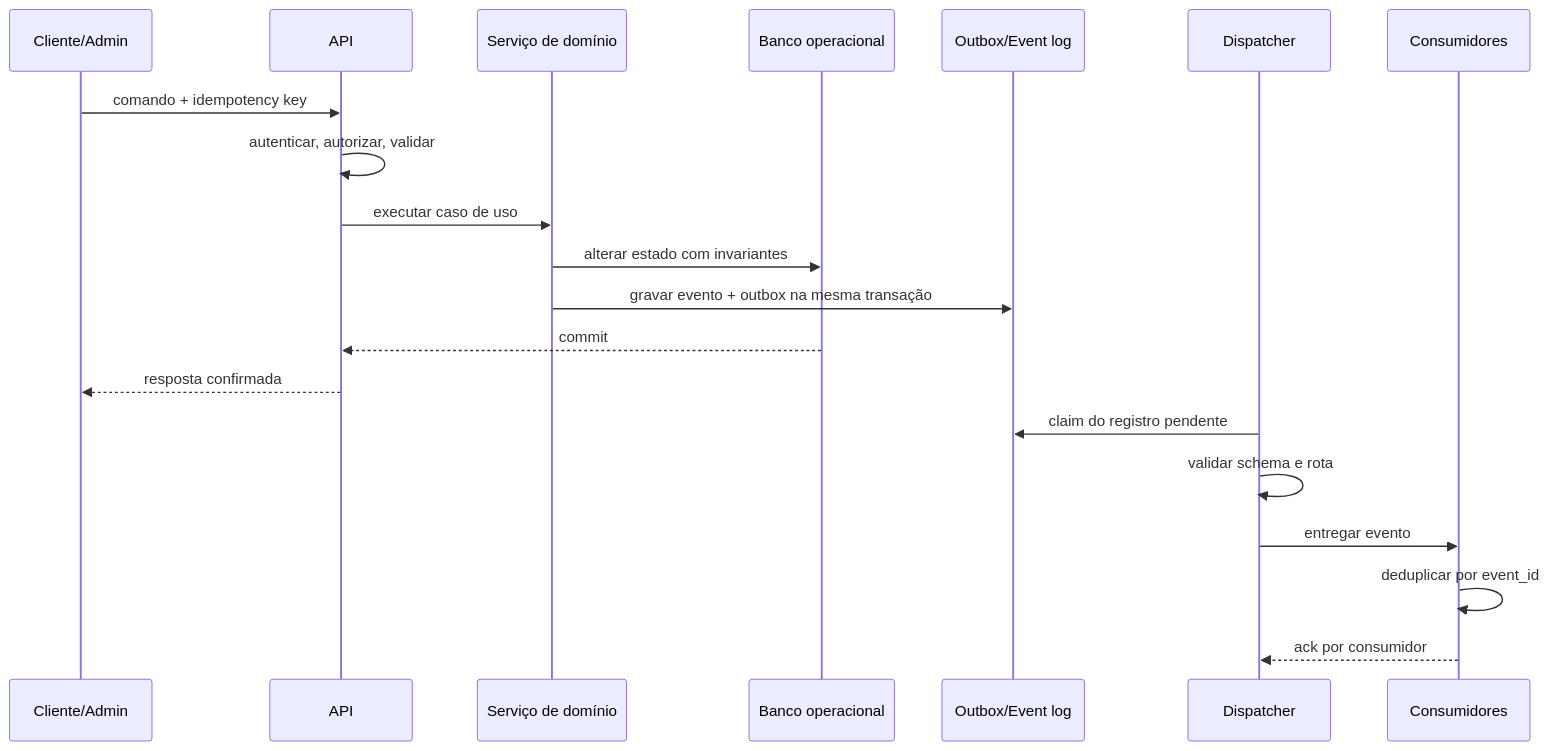
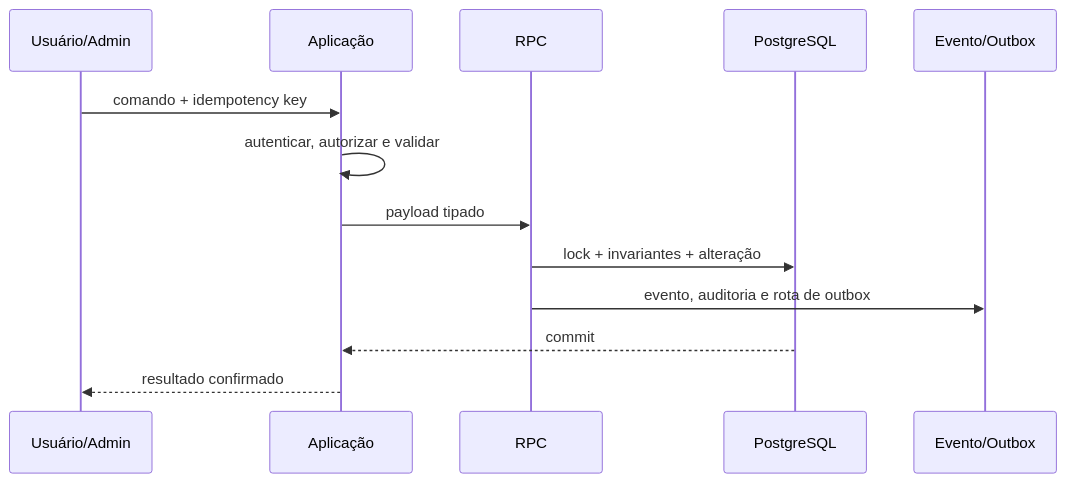
Before and after one commit to pablo-marchina/LMS-estimulo: the first of 2 diagrams in docs/dataflows/DATA_FLOW_ARCHITECTURE.md, drawn with Mermaid. The commit also changed other lines of this file, not shown here.

````diff
--- a/docs/dataflows/DATA_FLOW_ARCHITECTURE.md
+++ b/docs/dataflows/DATA_FLOW_ARCHITECTURE.md
@@ -78,23 +67,16 @@
 ```mermaid
 sequenceDiagram
-    participant U as Cliente/Admin
-    participant A as API
-    participant D as Serviço de domínio
-    participant DB as Banco operacional
-    participant O as Outbox/Event log
-    participant X as Dispatcher
-    participant C as Consumidores
+    participant U as Usuário/Admin
+    participant A as Aplicação
+    participant R as RPC
+    participant D as PostgreSQL
+    participant O as Evento/Outbox
 
     U->>A: comando + idempotency key
-    A->>A: autenticar, autorizar, validar
-    A->>D: executar caso de uso
-    D->>DB: alterar estado com invariantes
-    D->>O: gravar evento + outbox na mesma transação
-    DB-->>A: commit
-    A-->>U: resposta confirmada
-    X->>O: claim do registro pendente
-    X->>X: validar schema e rota
-    X->>C: entregar evento
-    C->>C: deduplicar por event_id
-    C-->>X: ack por consumidor
+    A->>A: autenticar, autorizar e validar
+    A->>R: payload tipado
+    R->>D: lock + invariantes + alteração
+    R->>O: evento, auditoria e rota de outbox
+    D-->>A: commit
+    A-->>U: resultado confirmado
 ```
````
